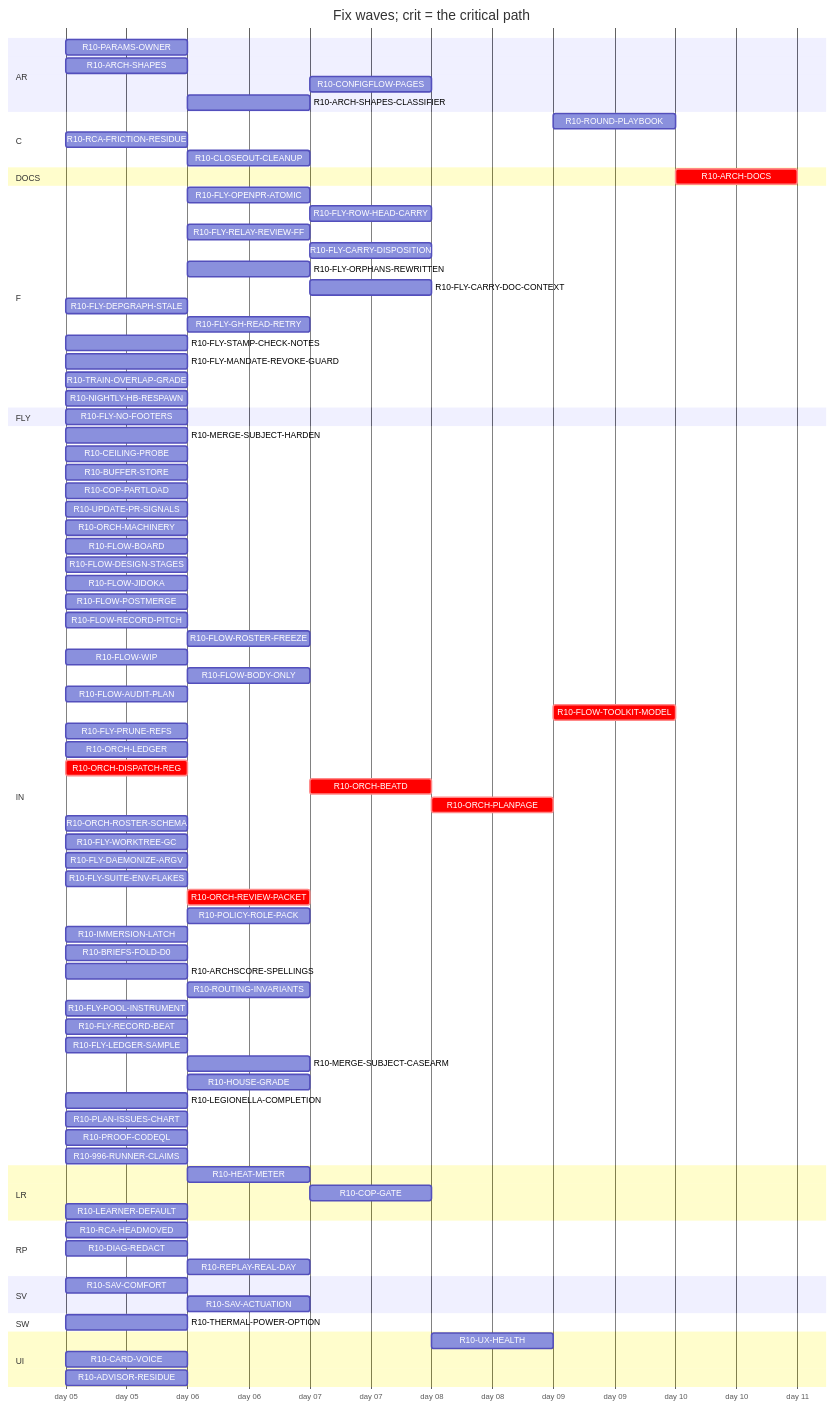
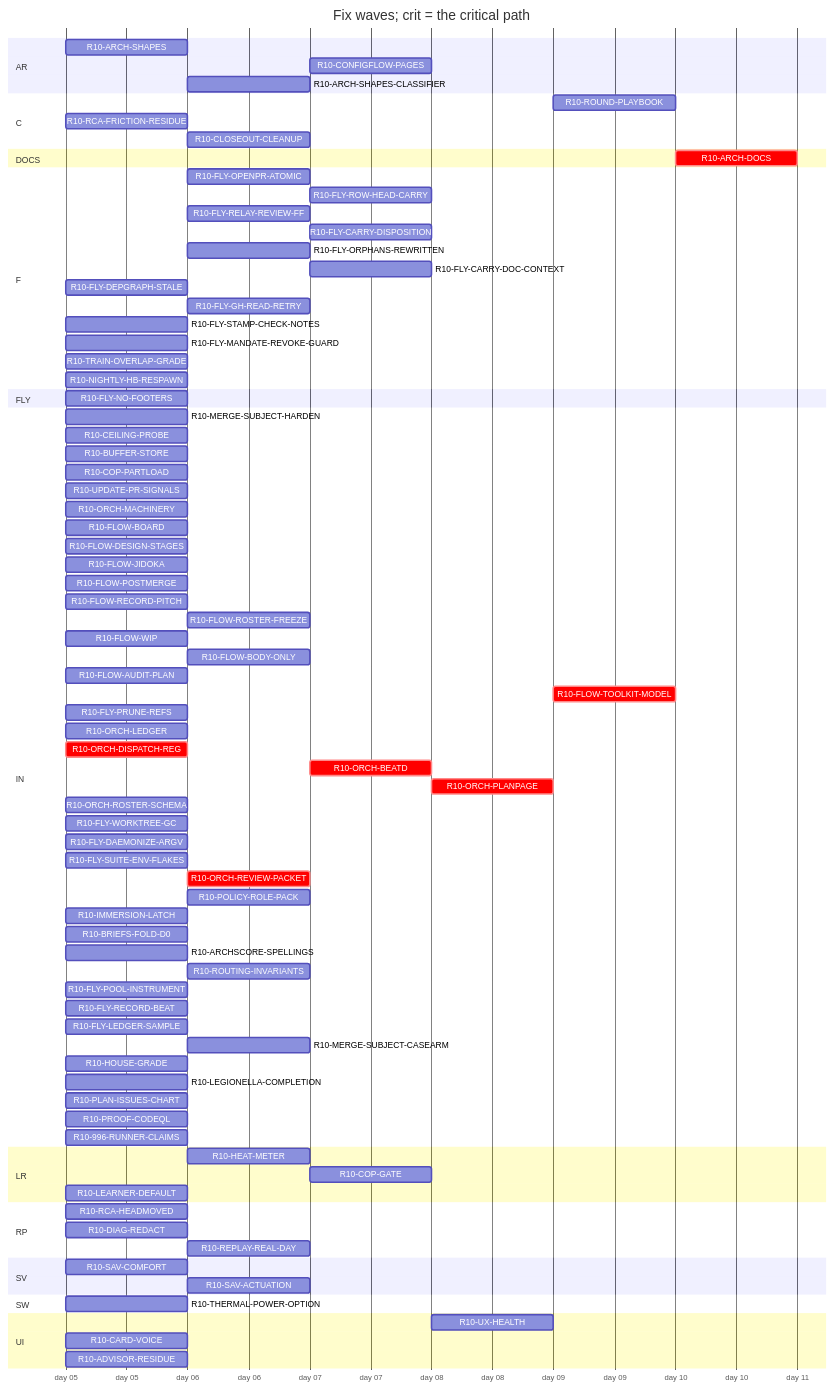
One commit to tvofi/heatpump_optimizer changed the diagram in handoff/round10/state/PLAN-TABLE.md. Above: the diagram before and after it, drawn with Mermaid. The commit also changed other lines of this file and 2 other files, not shown here.

```diff
--- a/handoff/round10/state/PLAN-TABLE.md
+++ b/handoff/round10/state/PLAN-TABLE.md
@@ -27,7 +27,6 @@
   dateFormat YYYY-MM-DD
   axisFormat day %d
   section AR
-    R10-PARAMS-OWNER :r10PARAMSOWNER, 2026-01-05, 1d
     R10-ARCH-SHAPES :r10ARCHSHAPES, 2026-01-05, 1d
     R10-CONFIGFLOW-PAGES :r10CONFIGFLOWPAGES, after r10HEATMETER, 1d
     R10-ARCH-SHAPES-CLASSIFIER :r10ARCHSHAPESCLASSIFIER, after r10996RUNNERCLAIMS r10ARCHSHAPES, 1d
@@ -36,7 +35,7 @@
     R10-RCA-FRICTION-RESIDUE :r10RCAFRICTIONRESIDUE, 2026-01-05, 1d
     R10-CLOSEOUT-CLEANUP :r10CLOSEOUTCLEANUP, after r10FLYPRUNEREFS r10FLYWORKTREEGC, 1d
   section DOCS
-    R10-ARCH-DOCS :crit, r10ARCHDOCS, after r10PARAMSOWNER r10ARCHSHAPES r10HEATMETER r10COPGATE r10UXHEALTH r10CONFIGFLOWPAGES r10RCAHEADMOVED r10SAVCOMFORT r10MERGESUBJECTHARDEN r10CEILINGPROBE r10BUFFERSTORE r10COPPARTLOAD r10UPDATEPRSIGNALS r10CARDVOICE r10THERMALPOWEROPTION r10LEARNERDEFAULT r10FLOWBOARD r10FLOWDESIGNSTAGES r10FLOWJIDOKA r10FLOWPOSTMERGE r10FLOWRECORDPITCH r10FLOWROSTERFREEZE r10FLOWWIP r10FLOWBODYONLY r10FLYOPENPRATOMIC r10FLYROWHEADCARRY r10FLOWAUDITPLAN r10FLYRELAYREVIEWFF r10FLYCARRYDISPOSITION r10FLYORPHANSREWRITTEN r10FLYCARRYDOCCONTEXT r10FLYDEPGRAPHSTALE r10FLOWTOOLKITMODEL r10FLYSTAMPCHECKNOTES r10FLYMANDATEREVOKEGUARD r10RCAFRICTIONRESIDUE r10TRAINOVERLAPGRADE r10NIGHTLYHBRESPAWN r10FLYPRUNEREFS r10ORCHLEDGER r10ORCHDISPATCHREG r10ORCHBEATD r10ORCHPLANPAGE r10ORCHROSTERSCHEMA r10FLYWORKTREEGC r10FLYDAEMONIZEARGV r10ORCHREVIEWPACKET r10POLICYROLEPACK r10IMMERSIONLATCH r10DIAGREDACT r10ADVISORRESIDUE r10BRIEFSFOLDD0 r10REPLAYREALDAY r10ARCHSCORESPELLINGS r10SAVACTUATION r10FLYLEDGERSAMPLE r10LEGIONELLACOMPLETION r10PLANISSUESCHART, 1d
+    R10-ARCH-DOCS :crit, r10ARCHDOCS, after r10ARCHSHAPES r10HEATMETER r10COPGATE r10UXHEALTH r10CONFIGFLOWPAGES r10RCAHEADMOVED r10SAVCOMFORT r10MERGESUBJECTHARDEN r10CEILINGPROBE r10BUFFERSTORE r10COPPARTLOAD r10UPDATEPRSIGNALS r10CARDVOICE r10THERMALPOWEROPTION r10LEARNERDEFAULT r10FLOWBOARD r10FLOWDESIGNSTAGES r10FLOWJIDOKA r10FLOWPOSTMERGE r10FLOWRECORDPITCH r10FLOWROSTERFREEZE r10FLOWWIP r10FLOWBODYONLY r10FLYOPENPRATOMIC r10FLYROWHEADCARRY r10FLOWAUDITPLAN r10FLYRELAYREVIEWFF r10FLYCARRYDISPOSITION r10FLYORPHANSREWRITTEN r10FLYCARRYDOCCONTEXT r10FLYDEPGRAPHSTALE r10FLOWTOOLKITMODEL r10FLYSTAMPCHECKNOTES r10FLYMANDATEREVOKEGUARD r10RCAFRICTIONRESIDUE r10TRAINOVERLAPGRADE r10NIGHTLYHBRESPAWN r10FLYPRUNEREFS r10ORCHLEDGER r10ORCHDISPATCHREG r10ORCHBEATD r10ORCHPLANPAGE r10ORCHROSTERSCHEMA r10FLYWORKTREEGC r10FLYDAEMONIZEARGV r10ORCHREVIEWPACKET r10POLICYROLEPACK r10IMMERSIONLATCH r10DIAGREDACT r10ADVISORRESIDUE r10BRIEFSFOLDD0 r10REPLAYREALDAY r10ARCHSCORESPELLINGS r10SAVACTUATION r10FLYLEDGERSAMPLE r10LEGIONELLACOMPLETION r10PLANISSUESCHART, 1d
   section F
     R10-FLY-OPENPR-ATOMIC :r10FLYOPENPRATOMIC, after r10UPDATEPRSIGNALS, 1d
     R10-FLY-ROW-HEAD-CARRY :r10FLYROWHEADCARRY, after r10FLYOPENPRATOMIC, 1d
@@ -88,13 +87,13 @@
     R10-FLY-RECORD-BEAT :r10FLYRECORDBEAT, 2026-01-05, 1d
     R10-FLY-LEDGER-SAMPLE :r10FLYLEDGERSAMPLE, 2026-01-05, 1d
     R10-MERGE-SUBJECT-CASEARM :r10MERGESUBJECTCASEARM, after r10MERGESUBJECTHARDEN, 1d
-    R10-HOUSE-GRADE :r10HOUSEGRADE, after r10PARAMSOWNER, 1d
+    R10-HOUSE-GRADE :r10HOUSEGRADE, 2026-01-05, 1d
     R10-LEGIONELLA-COMPLETION :r10LEGIONELLACOMPLETION, 2026-01-05, 1d
     R10-PLAN-ISSUES-CHART :r10PLANISSUESCHART, 2026-01-05, 1d
     R10-PROOF-CODEQL :r10PROOFCODEQL, 2026-01-05, 1d
     R10-996-RUNNER-CLAIMS :r10996RUNNERCLAIMS, 2026-01-05, 1d
   section LR
-    R10-HEAT-METER :r10HEATMETER, after r10PARAMSOWNER r10ARCHSHAPES r10THERMALPOWEROPTION, 1d
+    R10-HEAT-METER :r10HEATMETER, after r10ARCHSHAPES r10THERMALPOWEROPTION, 1d
     R10-COP-GATE :r10COPGATE, after r10HEATMETER, 1d
     R10-LEARNER-DEFAULT :r10LEARNERDEFAULT, 2026-01-05, 1d
   section RP
```
